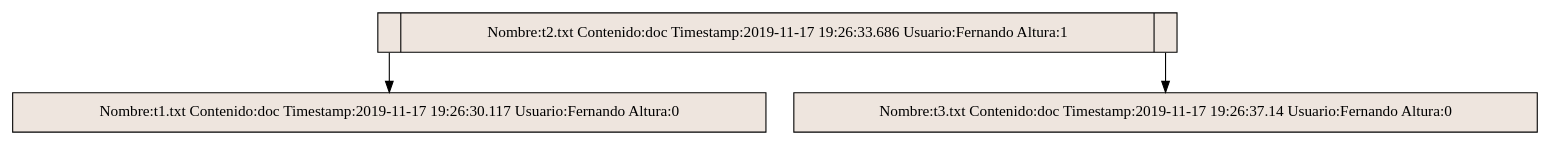
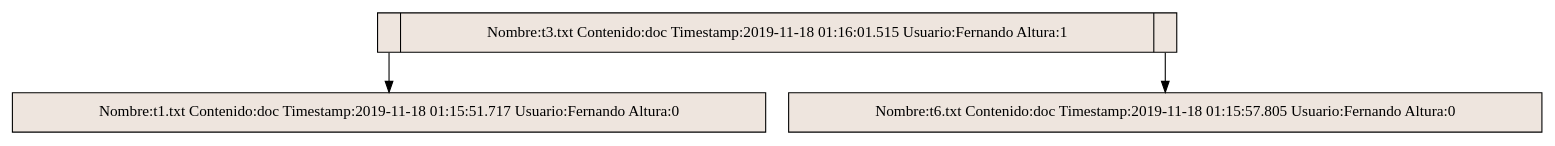
The diagram in PruebaVentanas/aux_grafico.dot (deathstroke021/EDD_2S2019_PY2_201503961), drawn with Graphviz before and after one commit. The commit also changed 86 other files, not shown here.

```diff
--- a/PruebaVentanas/aux_grafico.dot
+++ b/PruebaVentanas/aux_grafico.dot
@@ -1,9 +1,9 @@
 digraph grafica{
 rankdir=TB;
 node [shape = record, style=filled, fillcolor=seashell2];
-nodo2 [ label ="<C0>|Nombre:t2.txt Contenido:doc Timestamp:2019-11-17 19:26:33.686 Usuario:Fernando Altura:1|<C1>"];
-nodo1 [ label ="Nombre:t1.txt Contenido:doc Timestamp:2019-11-17 19:26:30.117 Usuario:Fernando Altura:0"];
-nodo2:C0->nodo1
-nodo3 [ label ="Nombre:t3.txt Contenido:doc Timestamp:2019-11-17 19:26:37.14 Usuario:Fernando Altura:0"];
-nodo2:C1->nodo3
+nodo3 [ label ="<C0>|Nombre:t3.txt Contenido:doc Timestamp:2019-11-18 01:16:01.515 Usuario:Fernando Altura:1|<C1>"];
+nodo1 [ label ="Nombre:t1.txt Contenido:doc Timestamp:2019-11-18 01:15:51.717 Usuario:Fernando Altura:0"];
+nodo3:C0->nodo1
+nodo2 [ label ="Nombre:t6.txt Contenido:doc Timestamp:2019-11-18 01:15:57.805 Usuario:Fernando Altura:0"];
+nodo3:C1->nodo2
 }
```
